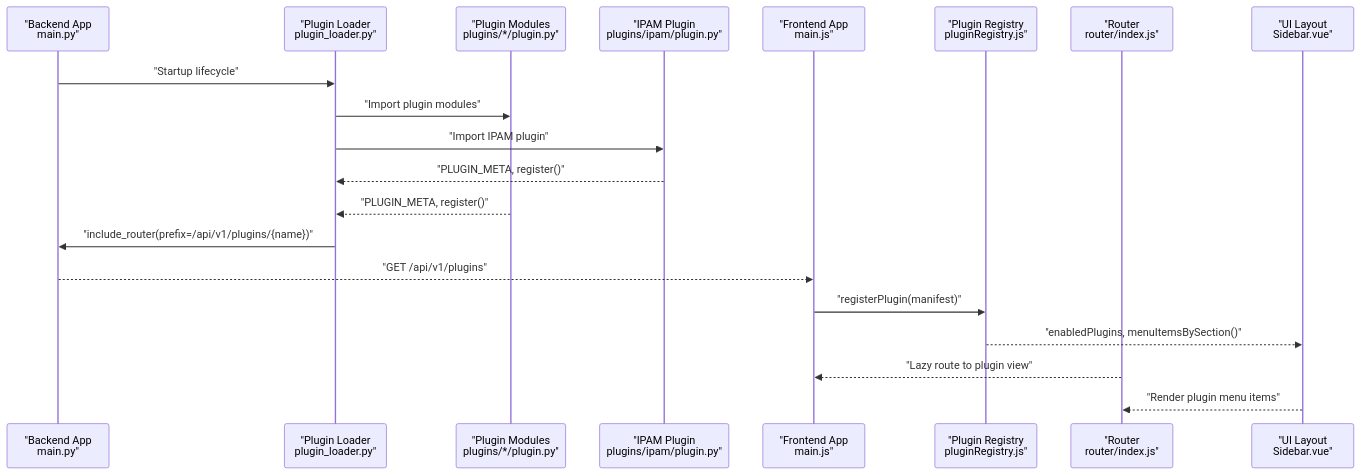
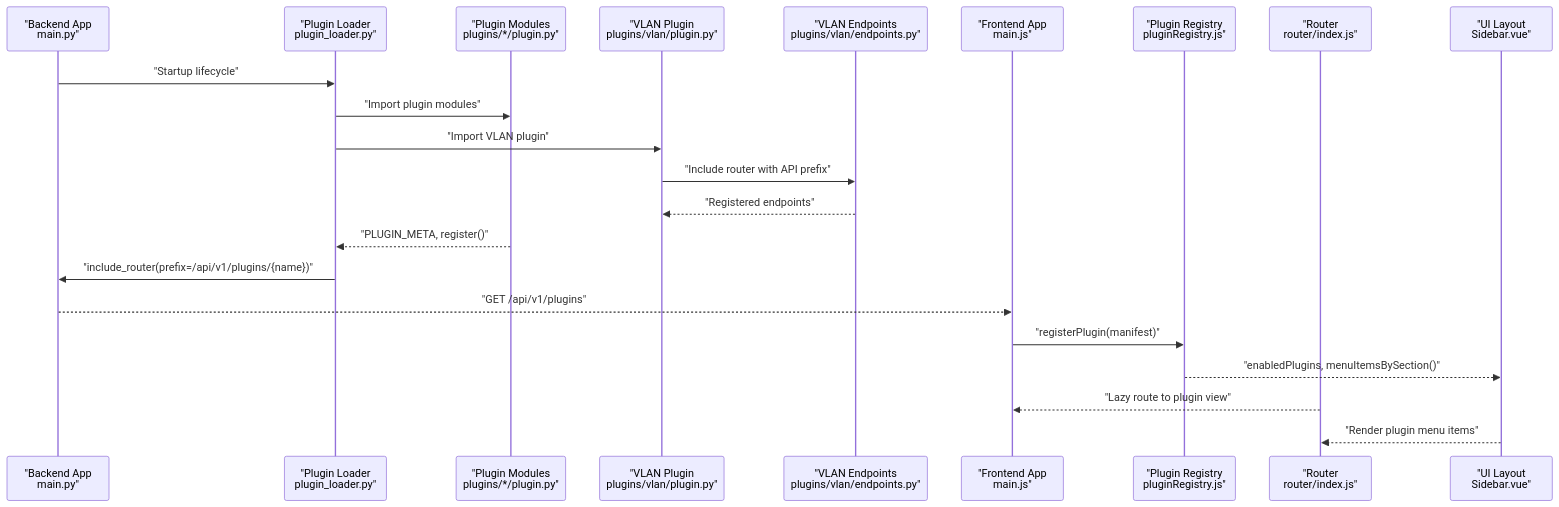
Before and after one commit to Nikita5543/New-SSO-02: the second of 11 diagrams in .qoder/repowiki/en/content/Plugin System Architecture/Frontend Plugin Integration.md, drawn with Mermaid. The commit also changed other lines of this file and 4 other files, not shown here.

````diff
--- a/.qoder/repowiki/en/content/Plugin System Architecture/Frontend Plugin Integration.md
+++ b/.qoder/repowiki/en/content/Plugin System Architecture/Frontend Plugin Integration.md
@@ -132,22 +143,24 @@
 ```mermaid
 sequenceDiagram
 participant BE as "Backend App<br/>main.py"
 participant PL as "Plugin Loader<br/>plugin_loader.py"
 participant PM as "Plugin Modules<br/>plugins/*/plugin.py"
-participant IPAM as "IPAM Plugin<br/>plugins/ipam/plugin.py"
+participant VLAN as "VLAN Plugin<br/>plugins/vlan/plugin.py"
+participant EP as "VLAN Endpoints<br/>plugins/vlan/endpoints.py"
 participant FE as "Frontend App<br/>main.js"
 participant PR as "Plugin Registry<br/>pluginRegistry.js"
 participant RT as "Router<br/>router/index.js"
 participant UI as "UI Layout<br/>Sidebar.vue"
 BE->>PL : "Startup lifecycle"
 PL->>PM : "Import plugin modules"
-PL->>IPAM : "Import IPAM plugin"
-IPAM-->>PL : "PLUGIN_META, register()"
+PL->>VLAN : "Import VLAN plugin"
+VLAN->>EP : "Include router with API prefix"
+EP-->>VLAN : "Registered endpoints"
 PM-->>PL : "PLUGIN_META, register()"
 PL->>BE : "include_router(prefix=/api/v1/plugins/{name})"
 BE-->>FE : "GET /api/v1/plugins"
 FE->>PR : "registerPlugin(manifest)"
 PR-->>UI : "enabledPlugins, menuItemsBySection()"
 RT-->>FE : "Lazy route to plugin view"
 UI-->>RT : "Render plugin menu items"
 ```
````
